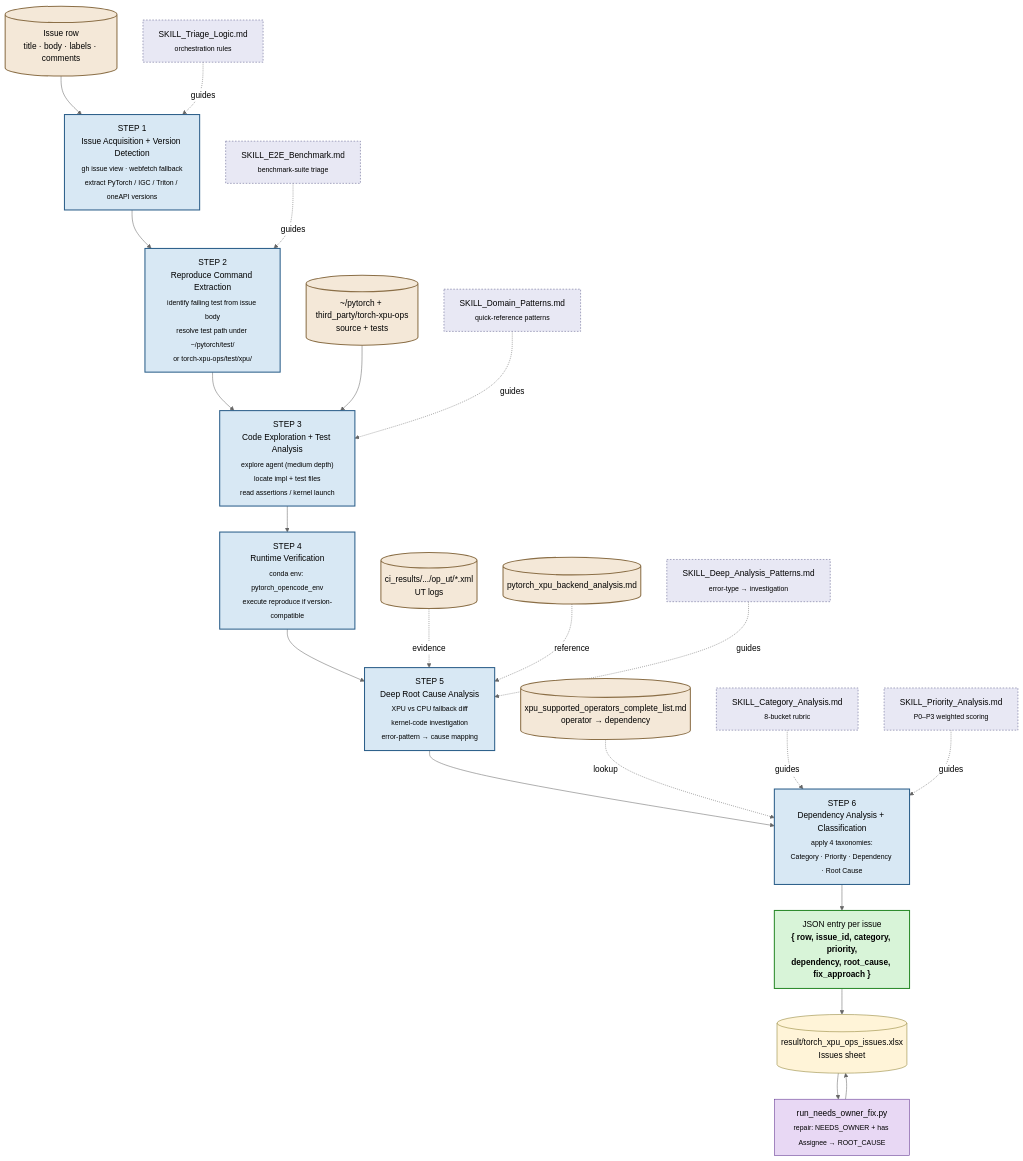
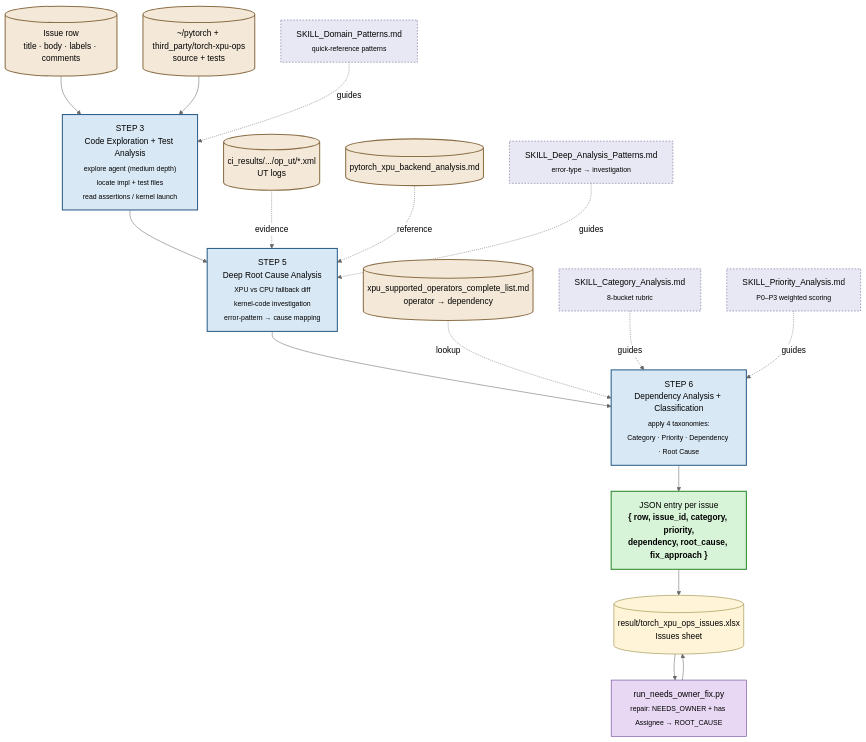
The third of 4 diagrams in opencode/issue_triage/.claude/skills/bug_scrub/WORKFLOW.md (daisyden/ai_for_validation), drawn with Mermaid (neutral theme) before and after one commit. The commit also changed other lines of this file, not shown here.

First line of the commit message:
docs(bug_scrub): add §6 get_AR_from_issue sub-workflow + trim §5 to core steps

````diff
--- a/opencode/issue_triage/.claude/skills/bug_scrub/WORKFLOW.md
+++ b/opencode/issue_triage/.claude/skills/bug_scrub/WORKFLOW.md
@@ -221,63 +223,53 @@
 ```mermaid
 flowchart TD
     %% ========== INPUTS ==========
     IN_ISSUE[(Issue row<br/>title · body · labels · comments)]:::inp
     IN_OP[(xpu_supported_operators_complete_list.md<br/>operator → dependency)]:::inp
     IN_SRC[(~/pytorch + third_party/torch-xpu-ops<br/>source + tests)]:::inp
     IN_CI[(ci_results/.../op_ut/*.xml<br/>UT logs)]:::inp
     IN_BACK[(pytorch_xpu_backend_analysis.md)]:::inp
 
     %% ========== STEPS ==========
-    T1["STEP 1<br/>Issue Acquisition + Version Detection<br/><sub>gh issue view · webfetch fallback<br/>extract PyTorch / IGC / Triton / oneAPI versions</sub>"]:::step
-    T2["STEP 2<br/>Reproduce Command Extraction<br/><sub>identify failing test from issue body<br/>resolve test path under ~/pytorch/test/<br/>or torch-xpu-ops/test/xpu/</sub>"]:::step
     T3["STEP 3<br/>Code Exploration + Test Analysis<br/><sub>explore agent (medium depth)<br/>locate impl + test files<br/>read assertions / kernel launch</sub>"]:::step
-    T4["STEP 4<br/>Runtime Verification<br/><sub>conda env: pytorch_opencode_env<br/>execute reproduce if version-compatible</sub>"]:::step
     T5["STEP 5<br/>Deep Root Cause Analysis<br/><sub>XPU vs CPU fallback diff<br/>kernel-code investigation<br/>error-pattern → cause mapping</sub>"]:::step
     T6["STEP 6<br/>Dependency Analysis + Classification<br/><sub>apply 4 taxonomies:<br/>Category · Priority · Dependency · Root Cause</sub>"]:::step
 
     %% ========== HELPER SKILLS ==========
     H_CAT["SKILL_Category_Analysis.md<br/><sub>8-bucket rubric</sub>"]:::help
     H_PRI["SKILL_Priority_Analysis.md<br/><sub>P0–P3 weighted scoring</sub>"]:::help
     H_DEP["SKILL_Domain_Patterns.md<br/><sub>quick-reference patterns</sub>"]:::help
     H_DEEP["SKILL_Deep_Analysis_Patterns.md<br/><sub>error-type → investigation</sub>"]:::help
-    H_E2E["SKILL_E2E_Benchmark.md<br/><sub>benchmark-suite triage</sub>"]:::help
-    H_TLOG["SKILL_Triage_Logic.md<br/><sub>orchestration rules</sub>"]:::help
 
     %% ========== OUTPUT ==========
     OUT["JSON entry per issue<br/><b>{ row, issue_id, category, priority,<br/>dependency, root_cause, fix_approach }</b>"]:::out
 
     POST["run_needs_owner_fix.py<br/><sub>repair: NEEDS_OWNER + has Assignee → ROOT_CAUSE</sub>"]:::script
     XLSX[(result/torch_xpu_ops_issues.xlsx<br/>Issues sheet)]:::art
 
     %% ========== FLOW ==========
-    IN_ISSUE --> T1
-    T1 --> T2
-    T2 --> T3
+    IN_ISSUE --> T3
     IN_SRC --> T3
-    T3 --> T4
-    T4 --> T5
+    T3 --> T5
     IN_CI -.evidence.-> T5
     IN_BACK -.reference.-> T5
     T5 --> T6
     IN_OP -.lookup.-> T6
 
+    H_DEP -.guides.-> T3
+    H_DEEP -.guides.-> T5
     H_CAT -.guides.-> T6
     H_PRI -.guides.-> T6
-    H_DEP -.guides.-> T3
-    H_DEEP -.guides.-> T5
-    H_E2E -.guides.-> T2
-    H_TLOG -.guides.-> T1
 
     T6 --> OUT
     OUT --> XLSX
     XLSX --> POST
     POST --> XLSX
 
     %% ========== STYLES ==========
     classDef inp fill:#f4e8d8,stroke:#8b6f47,stroke-width:2px,color:#000
     classDef step fill:#d8e8f4,stroke:#2c5f8a,stroke-width:2px,color:#000
     classDef help fill:#e8e8f4,stroke:#5a5a8a,stroke-width:1px,color:#000,stroke-dasharray: 3 3
     classDef out fill:#d8f4d8,stroke:#2c8a2c,stroke-width:2px,color:#000
     classDef art fill:#fff4d8,stroke:#8a7c2c,stroke-width:1px,color:#000
     classDef script fill:#e8d8f4,stroke:#5a2c8a,stroke-width:1px,color:#000
 ```
````
